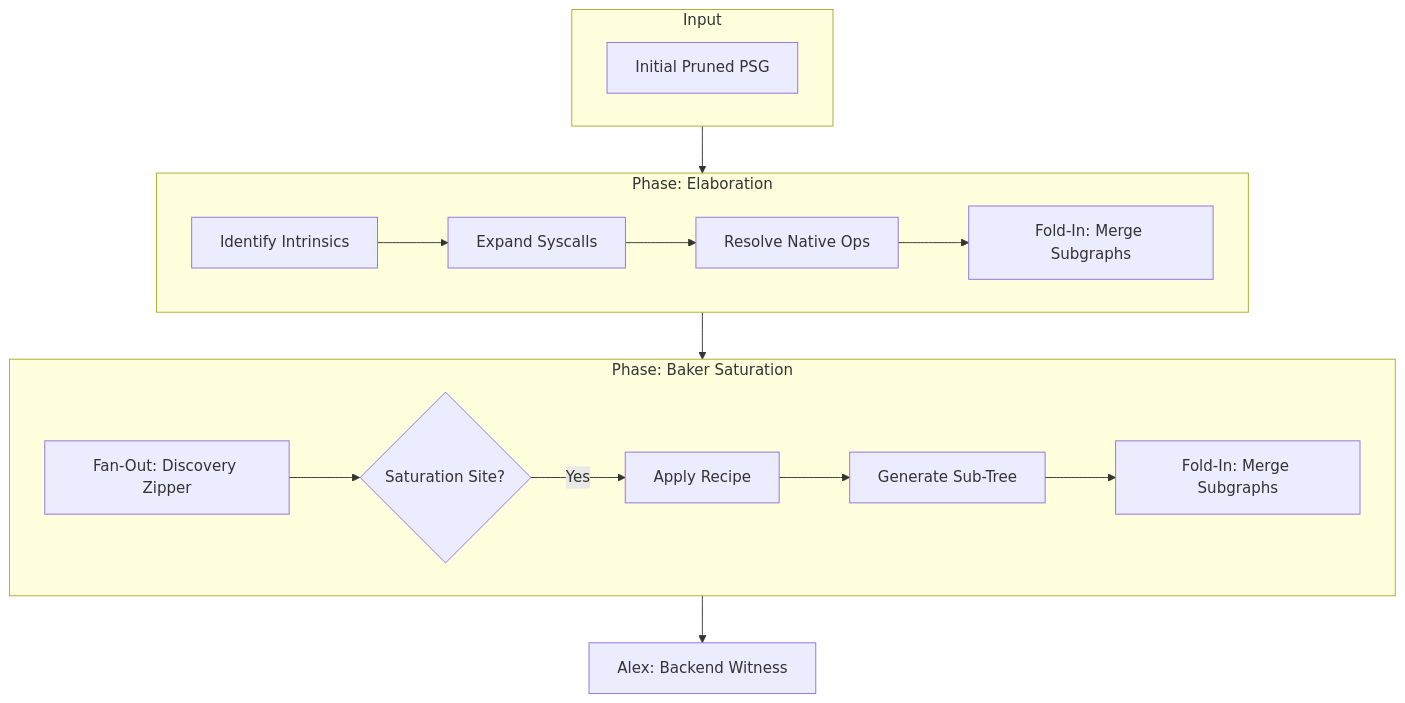
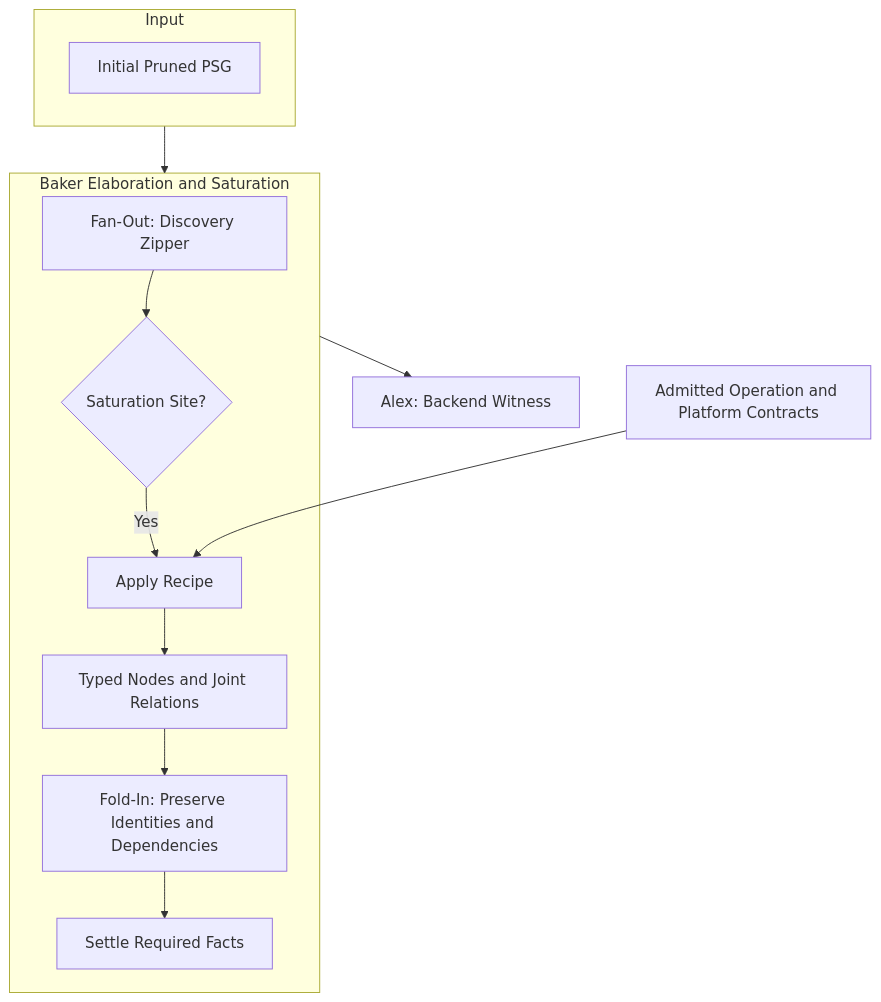
The diagram in hugo/content/docs/internals/pipeline/baker-saturation-engine.md (FidelityFramework/clef-lang-site), drawn with Mermaid before and after one commit. The commit also changed other lines of this file and 12 other files, not shown here.

````diff
--- a/hugo/content/docs/internals/pipeline/baker-saturation-engine.md
+++ b/hugo/content/docs/internals/pipeline/baker-saturation-engine.md
@@ -27,23 +28,18 @@
 ```mermaid
 flowchart TD
     subgraph Input
         PSG[Initial Pruned PSG]
     end
 
-    subgraph Elaboration [Phase: Elaboration]
-        Intrinsics[Identify Intrinsics] --> Syscalls[Expand Syscalls]
-        Syscalls --> NativeOps[Resolve Native Ops]
-        NativeOps --> FoldIn1[Fold-In: Merge Subgraphs]
+    subgraph Baker [Baker Elaboration and Saturation]
+        Discovery[Fan-Out: Discovery Zipper] --> Sites{Saturation Site?}
+        Sites -- Yes --> Recipe[Apply Recipe]
+        Recipe --> Primitives[Typed Nodes and Joint Relations]
+        Primitives --> FoldIn2[Fold-In: Preserve Identities and Dependencies]
+        FoldIn2 --> Settle[Settle Required Facts]
     end
 
-    subgraph Baker [Phase: Baker Saturation]
-        Discovery[Fan-Out: Discovery Zipper] --> Sites{Saturation Site?}
-        Sites -- Yes --> Recipe[Apply Recipe]
-        Recipe --> Primitives[Generate Sub-Tree]
-        Primitives --> FoldIn2[Fold-In: Merge Subgraphs]
-    end
-
-    Input --> Elaboration
-    Elaboration --> Baker
+    Input --> Baker
+    Contracts[Admitted Operation and Platform Contracts] --> Recipe
     Baker --> Alex[Alex: Backend Witness]
 ```
````
